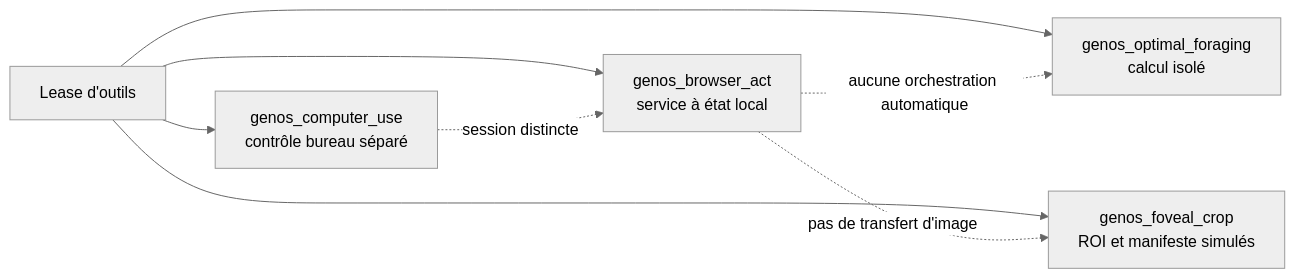
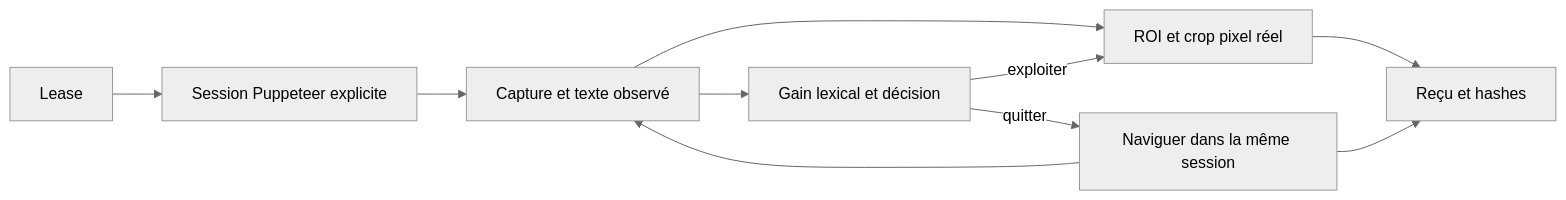
One commit to PISSARAW/GenOS changed the diagram in docs/01-concepts/biomimetisme/web-foraging.md. Above: the diagram before and after it, drawn with Mermaid (neutral theme). The commit also changed other lines of this file and 3 other files, not shown here.

````diff
--- a/docs/01-concepts/biomimetisme/web-foraging.md
+++ b/docs/01-concepts/biomimetisme/web-foraging.md
@@ -39,10 +20,12 @@
 ```mermaid
 flowchart LR
-    Lease[Lease d'outils] --> Browser[genos_browser_act<br/>service à état local]
-    Lease --> Fovea[genos_foveal_crop<br/>ROI et manifeste simulés]
-    Lease --> Forage[genos_optimal_foraging<br/>calcul isolé]
-    Lease --> Desktop[genos_computer_use<br/>contrôle bureau séparé]
-    Browser -. aucune orchestration automatique .-> Forage
-    Browser -. pas de transfert d'image .-> Fovea
-    Desktop -. session distincte .-> Browser
+    Lease[Lease] --> Session[Session Puppeteer explicite]
+    Session --> Observe[Capture et texte observé]
+    Observe --> Forage[Gain lexical et décision]
+    Observe --> Fovea[ROI et crop pixel réel]
+    Forage -->|quitter| Action[Naviguer dans la même session]
+    Forage -->|exploiter| Fovea
+    Action --> Observe
+    Fovea --> Receipt[Reçu et hashes]
+    Action --> Receipt
 ```
````
